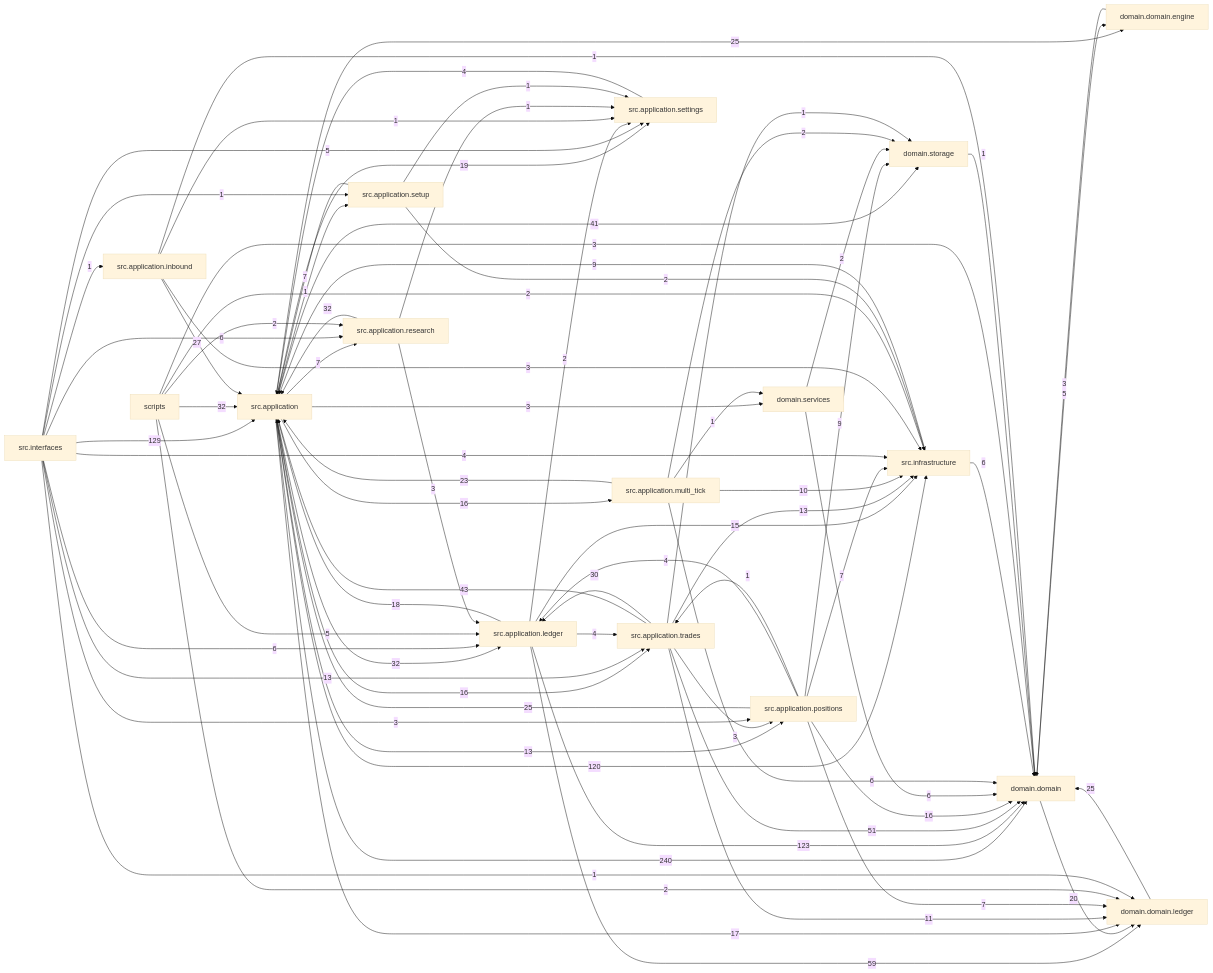
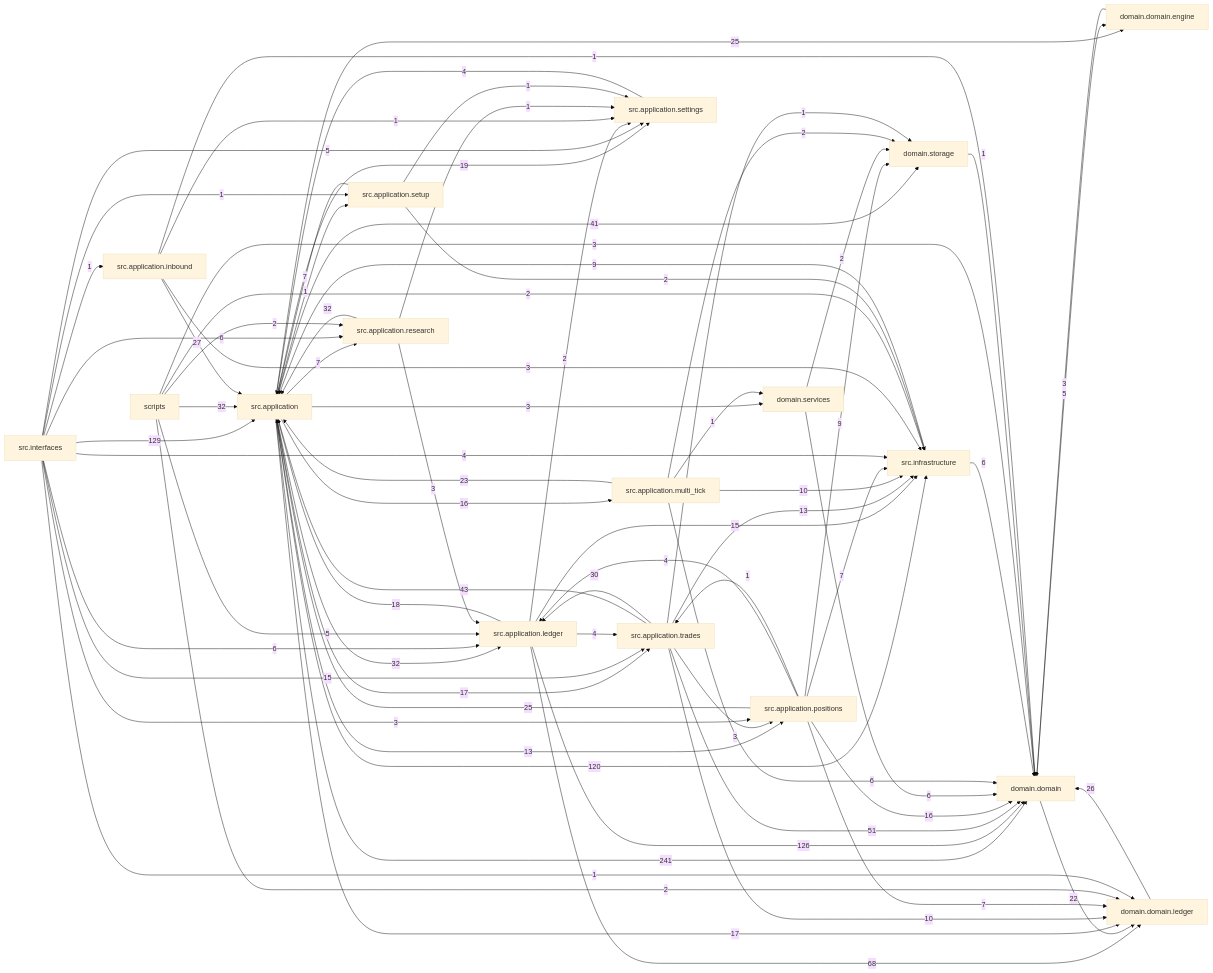
One commit to liuxie066/options-monitor changed the diagram in docs/dependency_graph.mmd. Above: the diagram before and after it, drawn with Mermaid (base theme). The commit also changed 52 other files, not shown here.

```diff
--- a/docs/dependency_graph.mmd
+++ b/docs/dependency_graph.mmd
@@ -1,75 +1,75 @@
 flowchart LR
-  src_application["src.application"] -->|240| domain_domain["domain.domain"]
+  src_application["src.application"] -->|241| domain_domain["domain.domain"]
   src_interfaces["src.interfaces"] -->|129| src_application["src.application"]
-  src_application_ledger["src.application.ledger"] -->|123| domain_domain["domain.domain"]
+  src_application_ledger["src.application.ledger"] -->|126| domain_domain["domain.domain"]
   src_application["src.application"] -->|120| src_infrastructure["src.infrastructure"]
-  src_application_ledger["src.application.ledger"] -->|59| domain_domain_ledger["domain.domain.ledger"]
+  src_application_ledger["src.application.ledger"] -->|68| domain_domain_ledger["domain.domain.ledger"]
   src_application_trades["src.application.trades"] -->|51| domain_domain["domain.domain"]
   src_application_trades["src.application.trades"] -->|43| src_application["src.application"]
   src_application["src.application"] -->|41| domain_storage["domain.storage"]
   scripts["scripts"] -->|32| src_application["src.application"]
   src_application["src.application"] -->|32| src_application_ledger["src.application.ledger"]
   src_application_research["src.application.research"] -->|32| src_application["src.application"]
   src_application_trades["src.application.trades"] -->|30| src_application_ledger["src.application.ledger"]
   src_application_inbound["src.application.inbound"] -->|27| src_application["src.application"]
-  domain_domain_ledger["domain.domain.ledger"] -->|25| domain_domain["domain.domain"]
+  domain_domain_ledger["domain.domain.ledger"] -->|26| domain_domain["domain.domain"]
   src_application["src.application"] -->|25| domain_domain_engine["domain.domain.engine"]
   src_application_positions["src.application.positions"] -->|25| src_application["src.application"]
   src_application_multi_tick["src.application.multi_tick"] -->|23| src_application["src.application"]
-  domain_domain["domain.domain"] -->|20| domain_domain_ledger["domain.domain.ledger"]
+  domain_domain["domain.domain"] -->|22| domain_domain_ledger["domain.domain.ledger"]
   src_application["src.application"] -->|19| src_application_settings["src.application.settings"]
   src_application_ledger["src.application.ledger"] -->|18| src_application["src.application"]
   src_application["src.application"] -->|17| domain_domain_ledger["domain.domain.ledger"]
+  src_application["src.application"] -->|17| src_application_trades["src.application.trades"]
   src_application["src.application"] -->|16| src_application_multi_tick["src.application.multi_tick"]
-  src_application["src.application"] -->|16| src_application_trades["src.application.trades"]
   src_application_positions["src.application.positions"] -->|16| domain_domain["domain.domain"]
   src_application_ledger["src.application.ledger"] -->|15| src_infrastructure["src.infrastructure"]
+  src_interfaces["src.interfaces"] -->|15| src_application_trades["src.application.trades"]
   src_application["src.application"] -->|13| src_application_positions["src.application.positions"]
   src_application_trades["src.application.trades"] -->|13| src_infrastructure["src.infrastructure"]
-  src_interfaces["src.interfaces"] -->|13| src_application_trades["src.application.trades"]
-  src_application_trades["src.application.trades"] -->|11| domain_domain_ledger["domain.domain.ledger"]
   src_application_multi_tick["src.application.multi_tick"] -->|10| src_infrastructure["src.infrastructure"]
+  src_application_trades["src.application.trades"] -->|10| domain_domain_ledger["domain.domain.ledger"]
   src_application_positions["src.application.positions"] -->|9| domain_storage["domain.storage"]
   src_infrastructure["src.infrastructure"] -->|9| src_application["src.application"]
   src_application["src.application"] -->|7| src_application_research["src.application.research"]
   src_application_positions["src.application.positions"] -->|7| domain_domain_ledger["domain.domain.ledger"]
   src_application_positions["src.application.positions"] -->|7| src_infrastructure["src.infrastructure"]
   src_application_setup["src.application.setup"] -->|7| src_application["src.application"]
   domain_services["domain.services"] -->|6| domain_domain["domain.domain"]
   src_application_multi_tick["src.application.multi_tick"] -->|6| domain_domain["domain.domain"]
   src_infrastructure["src.infrastructure"] -->|6| domain_domain["domain.domain"]
   src_interfaces["src.interfaces"] -->|6| src_application_ledger["src.application.ledger"]
   src_interfaces["src.interfaces"] -->|6| src_application_research["src.application.research"]
   domain_domain["domain.domain"] -->|5| domain_domain_engine["domain.domain.engine"]
   scripts["scripts"] -->|5| src_application_ledger["src.application.ledger"]
   src_interfaces["src.interfaces"] -->|5| src_application_settings["src.application.settings"]
   src_application_ledger["src.application.ledger"] -->|4| src_application_trades["src.application.trades"]
   src_application_positions["src.application.positions"] -->|4| src_application_ledger["src.application.ledger"]
   src_application_settings["src.application.settings"] -->|4| src_application["src.application"]
   src_interfaces["src.interfaces"] -->|4| src_infrastructure["src.infrastructure"]
   domain_domain_engine["domain.domain.engine"] -->|3| domain_domain["domain.domain"]
   scripts["scripts"] -->|3| domain_domain["domain.domain"]
   src_application["src.application"] -->|3| domain_services["domain.services"]
   src_application_inbound["src.application.inbound"] -->|3| src_infrastructure["src.infrastructure"]
   src_application_research["src.application.research"] -->|3| src_application_ledger["src.application.ledger"]
   src_application_trades["src.application.trades"] -->|3| src_application_positions["src.application.positions"]
   src_interfaces["src.interfaces"] -->|3| src_application_positions["src.application.positions"]
   domain_services["domain.services"] -->|2| domain_storage["domain.storage"]
   scripts["scripts"] -->|2| domain_domain_ledger["domain.domain.ledger"]
   scripts["scripts"] -->|2| src_application_research["src.application.research"]
   scripts["scripts"] -->|2| src_infrastructure["src.infrastructure"]
   src_application_ledger["src.application.ledger"] -->|2| src_application_settings["src.application.settings"]
   src_application_multi_tick["src.application.multi_tick"] -->|2| domain_storage["domain.storage"]
   src_application_setup["src.application.setup"] -->|2| src_infrastructure["src.infrastructure"]
   domain_storage["domain.storage"] -->|1| domain_domain["domain.domain"]
   src_application["src.application"] -->|1| src_application_setup["src.application.setup"]
   src_application_inbound["src.application.inbound"] -->|1| domain_domain["domain.domain"]
   src_application_inbound["src.application.inbound"] -->|1| src_application_settings["src.application.settings"]
   src_application_multi_tick["src.application.multi_tick"] -->|1| domain_services["domain.services"]
   src_application_positions["src.application.positions"] -->|1| src_application_trades["src.application.trades"]
   src_application_research["src.application.research"] -->|1| src_application_settings["src.application.settings"]
   src_application_setup["src.application.setup"] -->|1| src_application_settings["src.application.settings"]
   src_application_trades["src.application.trades"] -->|1| domain_storage["domain.storage"]
   src_interfaces["src.interfaces"] -->|1| domain_domain_ledger["domain.domain.ledger"]
   src_interfaces["src.interfaces"] -->|1| src_application_inbound["src.application.inbound"]
   src_interfaces["src.interfaces"] -->|1| src_application_setup["src.application.setup"]
```
